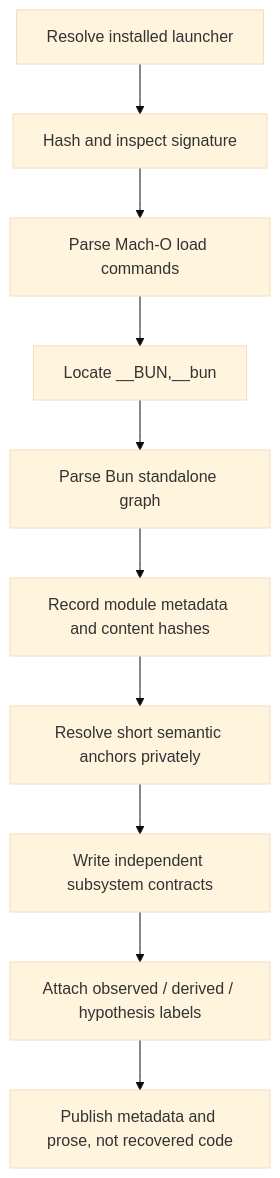
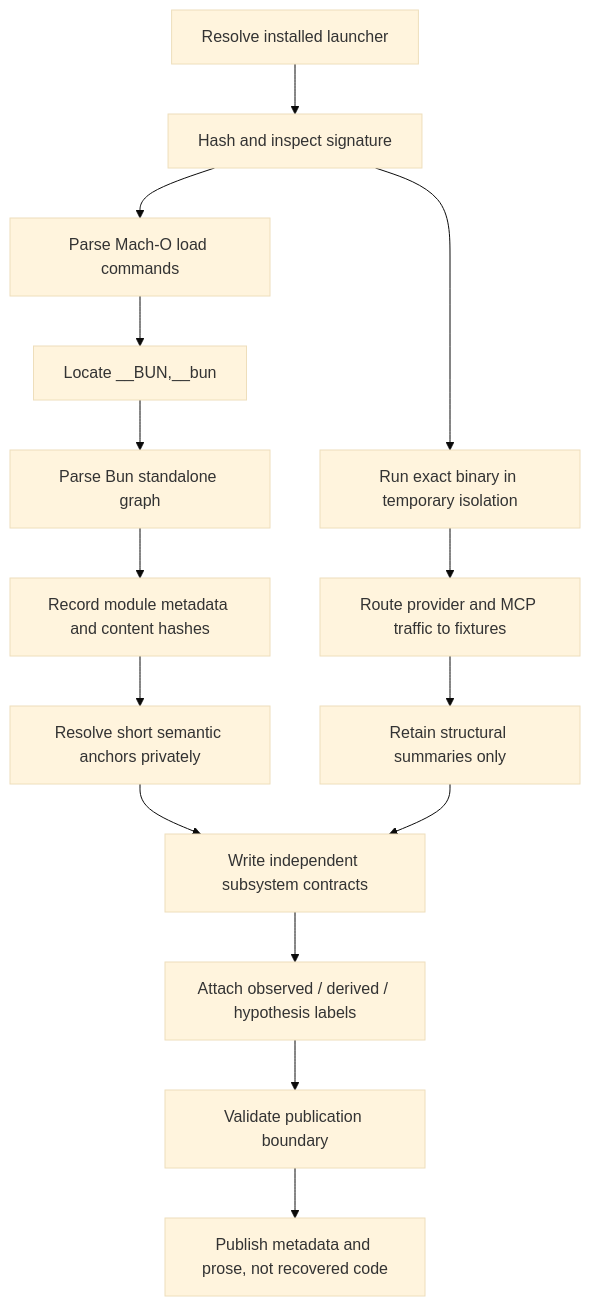
Before and after one commit to swyxio/claude-code-internals: the diagram in docs/scope-and-method.md, drawn with Mermaid (base theme). The commit also changed other lines of this file and 69 other files, not shown here.

````diff
--- a/docs/scope-and-method.md
+++ b/docs/scope-and-method.md
@@ -24,12 +27,19 @@
 ```mermaid
 flowchart TD
+    accTitle: Scope and Method - Research pipeline
+    accDescr: Diagram showing research pipeline in the Scope and Method section.
     A["Resolve installed launcher"] --> B["Hash and inspect signature"]
     B --> C["Parse Mach-O load commands"]
     C --> D["Locate __BUN,__bun"]
     D --> E["Parse Bun standalone graph"]
     E --> F["Record module metadata and content hashes"]
     F --> G["Resolve short semantic anchors privately"]
+    B --> P["Run exact binary in temporary isolation"]
+    P --> Q["Route provider and MCP traffic to fixtures"]
+    Q --> R["Retain structural summaries only"]
     G --> H["Write independent subsystem contracts"]
+    R --> H
     H --> I["Attach observed / derived / hypothesis labels"]
-    I --> J["Publish metadata and prose, not recovered code"]
+    I --> J["Validate publication boundary"]
+    J --> K["Publish metadata and prose, not recovered code"]
 ```
````
